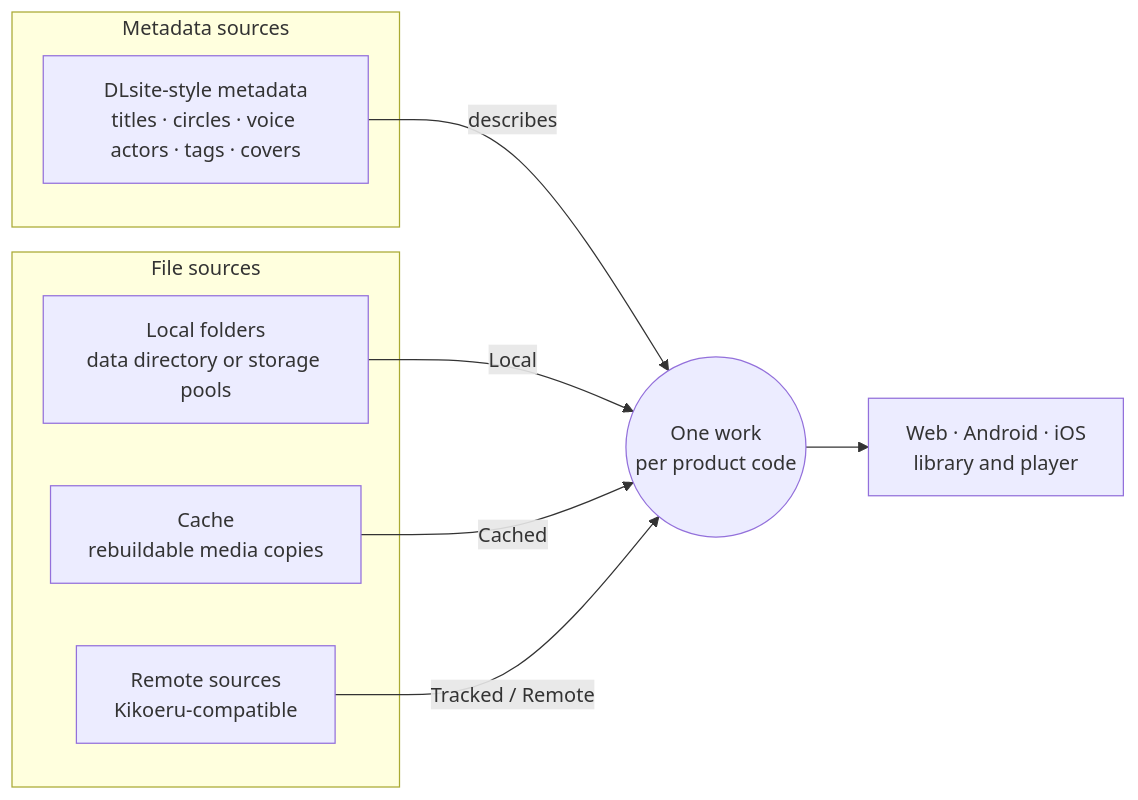
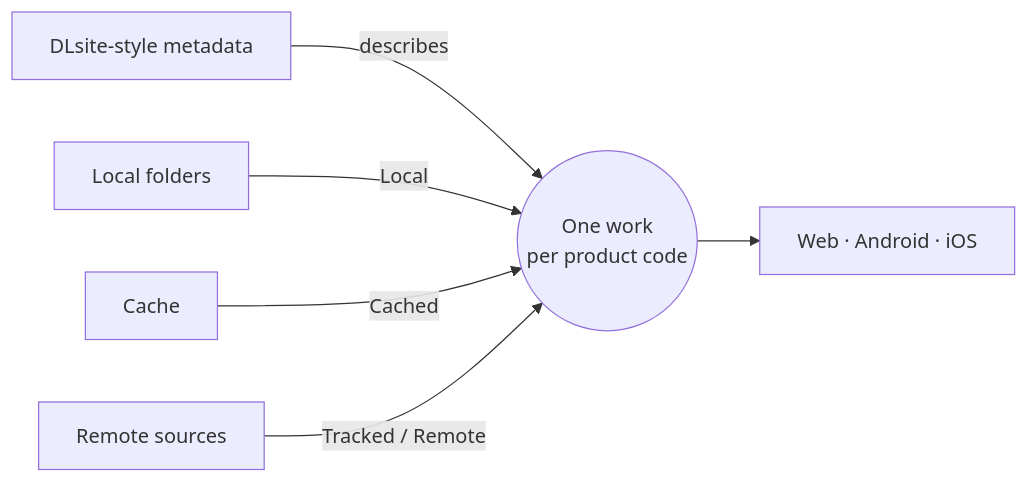
The diagram in README.md (yexca/kikoto), drawn with Mermaid before and after one commit. The commit also changed other lines of this file and 21 other files, not shown here.

````diff
--- a/README.md
+++ b/README.md
@@ -152,18 +97,8 @@
 ```mermaid
 flowchart LR
-  subgraph Metadata["Metadata sources"]
-    MD["DLsite-style metadata<br/>titles · circles · voice actors · tags · covers"]
-  end
-
-  subgraph Files["File sources"]
-    LF["Local folders<br/>data directory or storage pools"]
-    CA["Cache<br/>rebuildable media copies"]
-    RS["Remote sources<br/>Kikoeru-compatible"]
-  end
-
-  MD -- describes --> W(("One work<br/>per product code"))
-  LF -- Local --> W
-  CA -- Cached --> W
-  RS -- "Tracked / Remote" --> W
-  W --> UI["Web · Android · iOS<br/>library and player"]
+  MD["DLsite-style metadata"] -- describes --> W(("One work<br/>per product code"))
+  LF["Local folders"] -- Local --> W
+  CA["Cache"] -- Cached --> W
+  RS["Remote sources"] -- "Tracked / Remote" --> W
+  W --> UI["Web · Android · iOS"]
 ```
````
